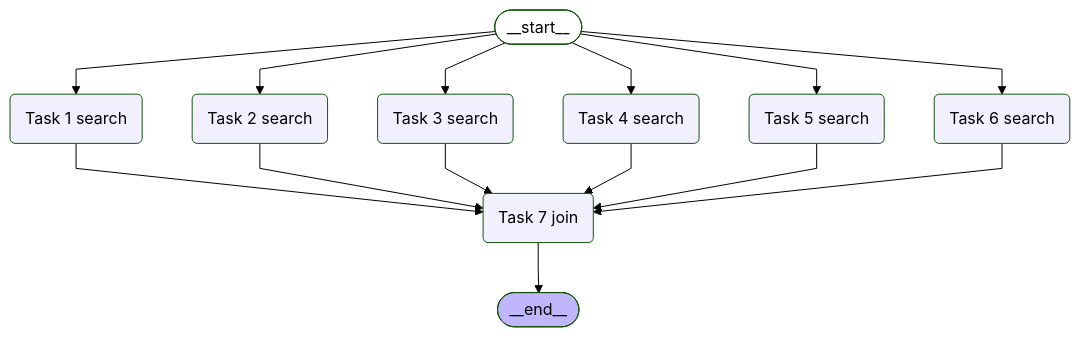
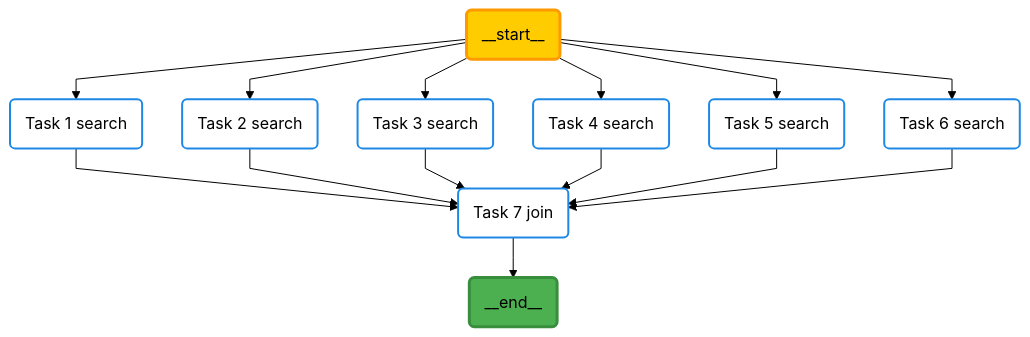
The second of 3 diagrams in _posts/2024-11-11-LLMCompiler应用案例.md (crazyyanchao/blog), drawn with Mermaid (forest theme) before and after one commit. The commit also changed other lines of this file, not shown here.

````diff
--- a/_posts/2024-11-11-LLMCompiler应用案例.md
+++ b/_posts/2024-11-11-LLMCompiler应用案例.md
@@ -79,29 +82,32 @@
 ```mermaid
-%%{init: {'flowchart': {'curve': 'linear'}}}%%
+%%{init: {'flowchart': {'curve': 'linear', 'nodeSpacing': 40, 'rankSpacing': 40}}}%%
 graph TD;
-	__start__([<p>__start__</p>]):::first
-	__end__([<p>__end__</p>]):::last
-	1(Task 1 search)
-	2(Task 2 search)
-	3(Task 3 search)
-	4(Task 4 search)
-	5(Task 5 search)
-	6(Task 6 search)
-	7(Task 7 join)
-	1 --> 7;
-	2 --> 7;
-	3 --> 7;
-	4 --> 7;
-	5 --> 7;
-	6 --> 7;
-	__start__ --> 1;
-	__start__ --> 2;
-	__start__ --> 3;
-	__start__ --> 4;
-	__start__ --> 5;
-	__start__ --> 6;
-	7 --> __end__;
-	classDef default fill:#f2f0ff,line-height:1.2
-	classDef first fill-opacity:0
-	classDef last fill:#bfb6fc
+    __start__(__start__):::first
+    __end__(__end__):::last
+    1(Task 1 search):::task
+    2(Task 2 search):::task
+    3(Task 3 search):::task
+    4(Task 4 search):::task
+    5(Task 5 search):::task
+    6(Task 6 search):::task
+    7(Task 7 join):::task
+
+    1 --> 7;
+    2 --> 7;
+    3 --> 7;
+    4 --> 7;
+    5 --> 7;
+    6 --> 7;
+    __start__ --> 1;
+    __start__ --> 2;
+    __start__ --> 3;
+    __start__ --> 4;
+    __start__ --> 5;
+    __start__ --> 6;
+    7 --> __end__;
+
+    classDef default fill:#f5f5f5,stroke:#bbbbbb,stroke-width:2px,line-height:1.2;
+    classDef first fill:#ffcc00,stroke:#ff9900,stroke-width:3px,border-radius:10px;
+    classDef last fill:#4CAF50,stroke:#388E3C,stroke-width:3px,border-radius:10px;
+    classDef task fill:#ffffff,stroke:#1e88e5,stroke-width:2px,border-radius:5px;
 ```
````
